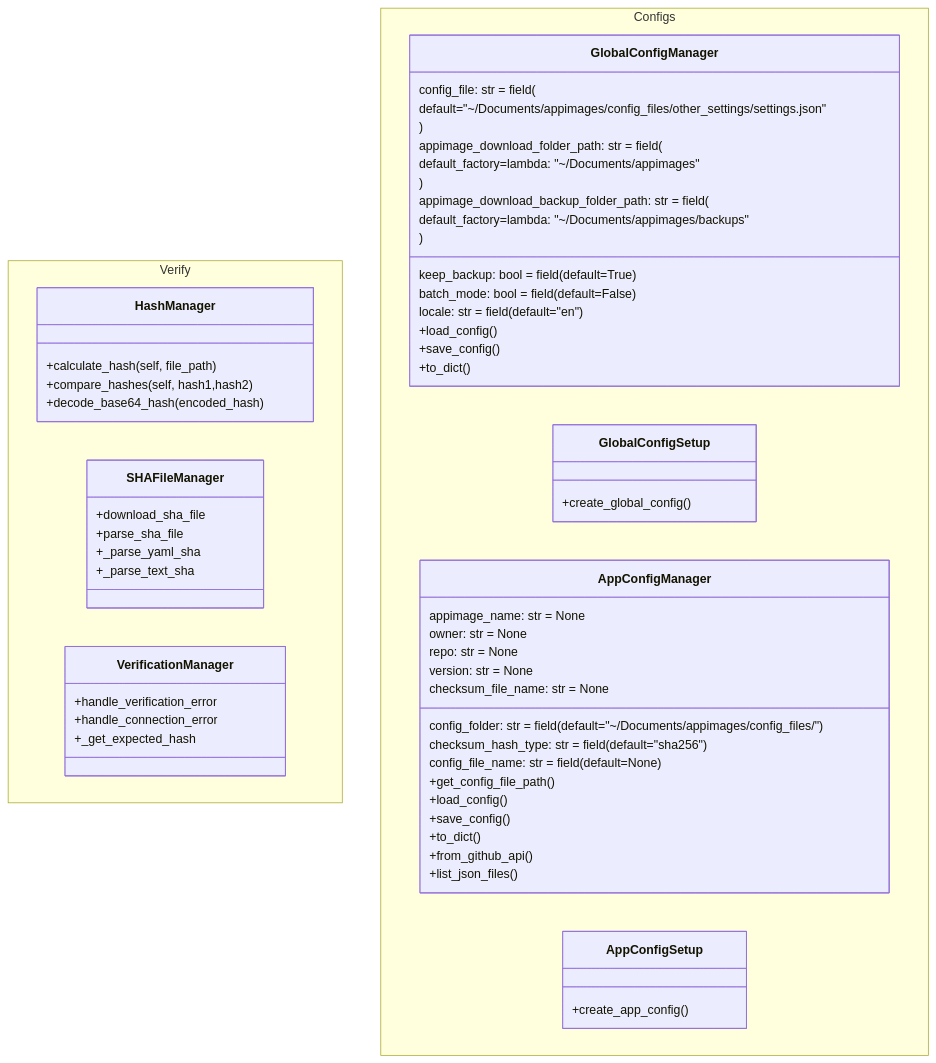
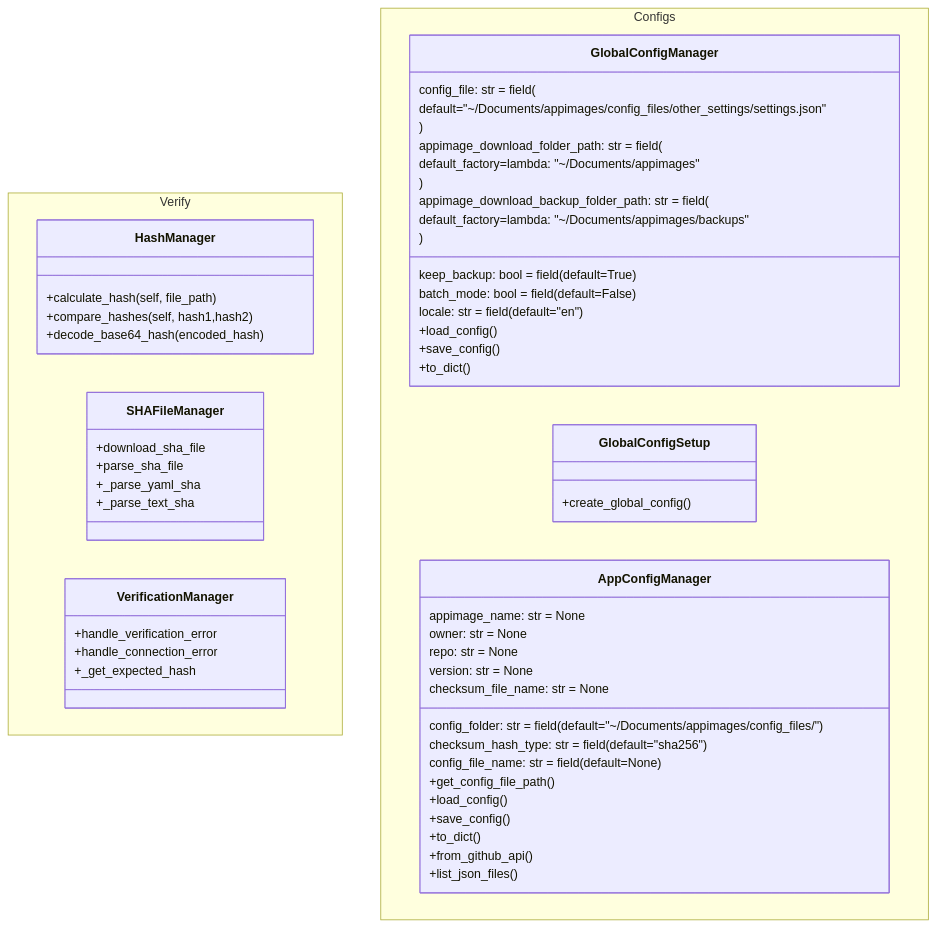
The diagram in docs/other_classes.md (Cyber-Syntax/my-unicorn), drawn with Mermaid before and after one commit. The commit also changed 10 other files, not shown here.

First line of the commit message:
refactor: remove unused create_app_config command and related docs

````diff
--- a/docs/other_classes.md
+++ b/docs/other_classes.md
@@ -1,65 +1,62 @@
 ```mermaid
 classDiagram
 namespace Verify {
 	class HashManager {
 		+calculate_hash(self, file_path)
 		+compare_hashes(self, hash1,hash2)
 		+decode_base64_hash(encoded_hash)
 	}
 	class SHAFileManager {
 		+download_sha_file
 		+parse_sha_file
 		+_parse_yaml_sha
 		+_parse_text_sha	
 	}
 	class VerificationManager {
 		+handle_verification_error
 		+handle_connection_error
 		+_get_expected_hash
 	}
 }
 namespace Configs {
     class GlobalConfigManager {
 		config_file: str = field(
 	        default="~/Documents/appimages/config_files/other_settings/settings.json"
 	    )
 	    appimage_download_folder_path: str = field(
 	        default_factory=lambda: "~/Documents/appimages"
 	    )
 	    appimage_download_backup_folder_path: str = field(
 	        default_factory=lambda: "~/Documents/appimages/backups"
 	    )
 	    keep_backup: bool = field(default=True)
 	    batch_mode: bool = field(default=False)
 	    locale: str = field(default="en")  
 
 		+load_config()
 		+save_config()
 		+to_dict()
     }
 	class GlobalConfigSetup {
 			+create_global_config()
     }
 	class AppConfigManager {
 	    appimage_name: str = None
 	    config_folder: str = field(default="~/Documents/appimages/config_files/")
 	    owner: str = None
 	    repo: str = None
 	    version: str = None
 	    checksum_file_name: str = None
 	    checksum_hash_type: str = field(default="sha256")
 	    config_file_name: str = field(default=None)
 
 		+get_config_file_path()
 		+load_config()
 		+save_config()
 		+to_dict()
 		+from_github_api()
 		+list_json_files()
     }
-	class AppConfigSetup {
-			+create_app_config()
-    }
 }
 
 ```
````
